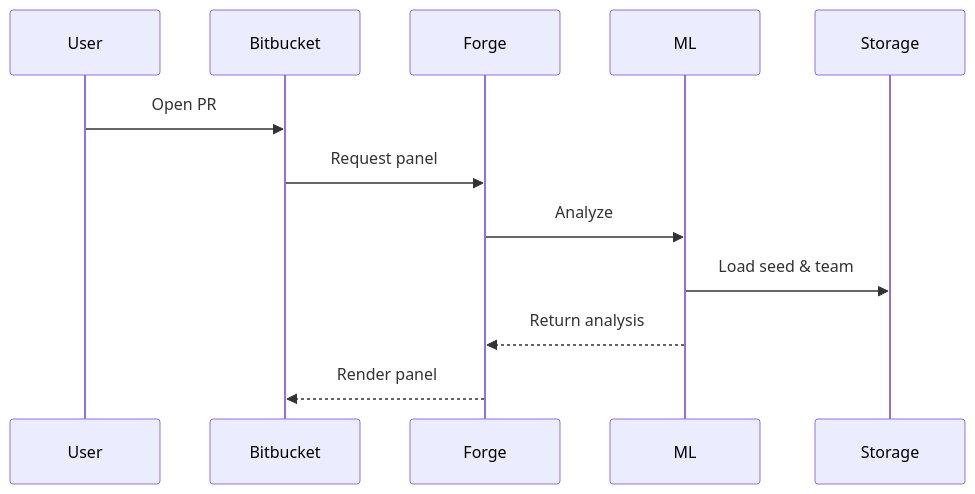
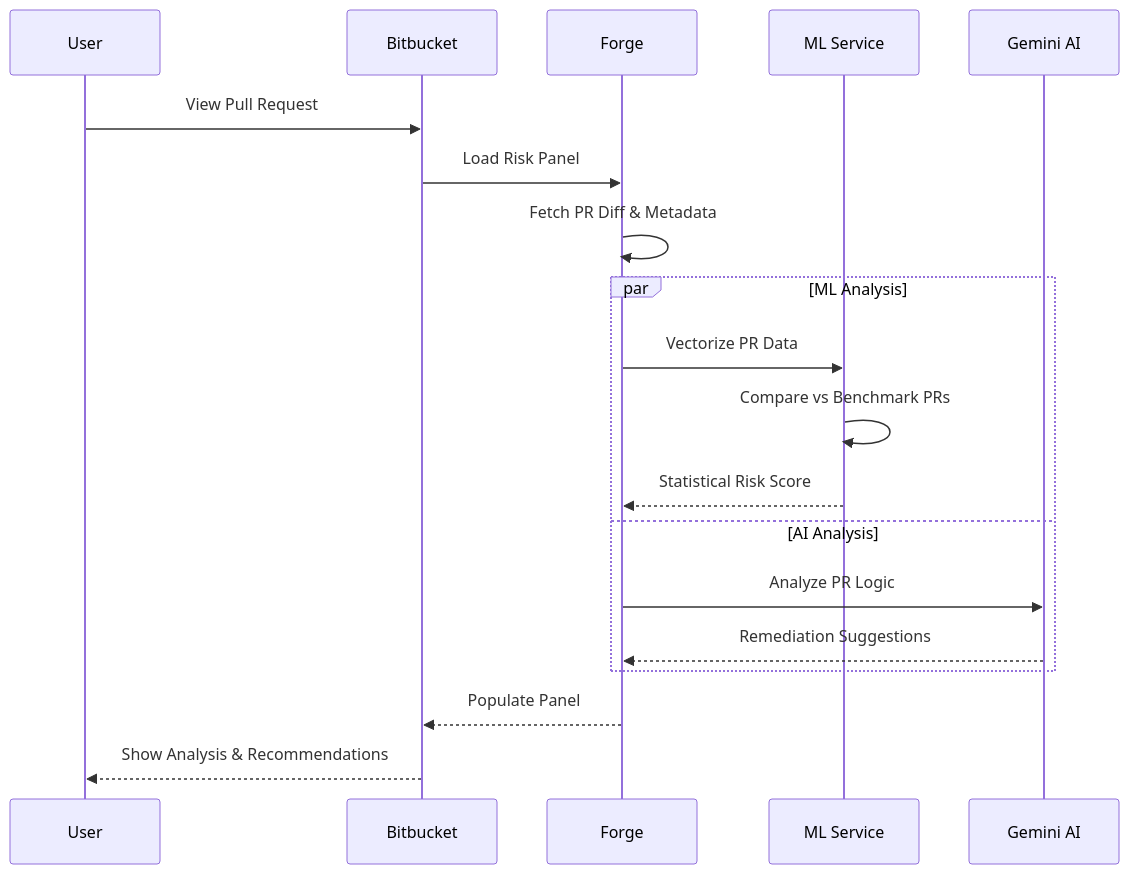
The third of 3 diagrams in README.md (Shafwansafi06/CodeRiskRadar), drawn with Mermaid before and after one commit. The commit also changed other lines of this file and 1 other file, not shown here.

````diff
--- a/README.md
+++ b/README.md
@@ -71,9 +100,24 @@
 ```mermaid
 sequenceDiagram
-  User->>Bitbucket: Open PR
-  Bitbucket->>Forge: Request panel
-  Forge->>ML: Analyze
-  ML->>Storage: Load seed & team
-  ML-->>Forge: Return analysis
-  Forge-->>Bitbucket: Render panel
+    participant User
+    participant Bitbucket
+    participant Forge
+    participant ML as ML Service
+    participant Gemini as Gemini AI
+    
+    User->>Bitbucket: View Pull Request
+    Bitbucket->>Forge: Load Risk Panel
+    Forge->>Forge: Fetch PR Diff & Metadata
+    
+    par ML Analysis
+        Forge->>ML: Vectorize PR Data
+        ML->>ML: Compare vs Benchmark PRs
+        ML-->>Forge: Statistical Risk Score
+    and AI Analysis
+        Forge->>Gemini: Analyze PR Logic
+        Gemini-->>Forge: Remediation Suggestions
+    end
+    
+    Forge-->>Bitbucket: Populate Panel
+    Bitbucket-->>User: Show Analysis & Recommendations
 ```
````
